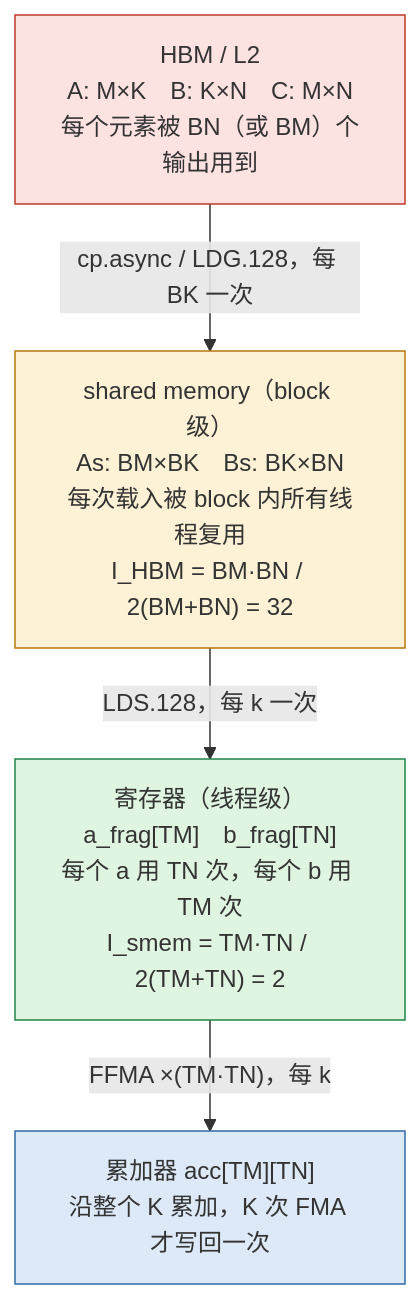
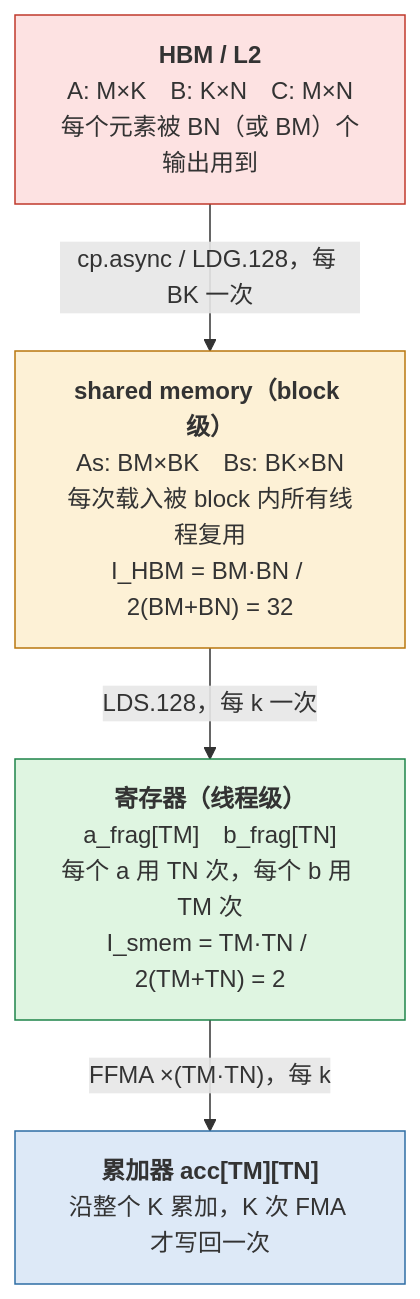
One commit to arganzheng/arganzheng.github.com changed the second of 2 diagrams in _posts/2026-05-15-gemm-from-naive-to-tiled.md. Above: the diagram before and after it, drawn with Mermaid. The commit also changed other lines of this file and 10 other files, not shown here.

First line of the commit message:
GPU Kernel 工程：从 CUDA 执行模型到 FlashAttention：Mermaid 多行方框的首行标为标题（11 篇）

````diff
--- a/_posts/2026-05-15-gemm-from-naive-to-tiled.md
+++ b/_posts/2026-05-15-gemm-from-naive-to-tiled.md
@@ -353,21 +353,21 @@
 ```mermaid
 %% 图：三层复用的金字塔：HBM → shared → 寄存器 → 累加器，越靠近计算单元容量越小、复用越密
 flowchart TB
-    hbm["HBM / L2<br/>A: M×K　B: K×N　C: M×N<br/>每个元素被 BN（或 BM）个输出用到"]
-    smem["shared memory（block 级）<br/>As: BM×BK　Bs: BK×BN<br/>每次载入被 block 内所有线程复用<br/>I_HBM = BM·BN / 2(BM+BN) = 32"]
-    reg["寄存器（线程级）<br/>a_frag[TM]　b_frag[TN]<br/>每个 a 用 TN 次，每个 b 用 TM 次<br/>I_smem = TM·TN / 2(TM+TN) = 2"]
-    acc["累加器 acc[TM][TN]<br/>沿整个 K 累加，K 次 FMA 才写回一次"]
+    hbm["<b>HBM / L2</b><br/>A: M×K　B: K×N　C: M×N<br/>每个元素被 BN（或 BM）个输出用到"]
+    smem["<b>shared memory（block 级）</b><br/>As: BM×BK　Bs: BK×BN<br/>每次载入被 block 内所有线程复用<br/>I_HBM = BM·BN / 2(BM+BN) = 32"]
+    reg["<b>寄存器（线程级）</b><br/>a_frag[TM]　b_frag[TN]<br/>每个 a 用 TN 次，每个 b 用 TM 次<br/>I_smem = TM·TN / 2(TM+TN) = 2"]
+    acc["<b>累加器 acc[TM][TN]</b><br/>沿整个 K 累加，K 次 FMA 才写回一次"]
 
     hbm -- "cp.async / LDG.128，每 BK 一次" --> smem
     smem -- "LDS.128，每 k 一次" --> reg
     reg -- "FFMA ×(TM·TN)，每 k" --> acc
 
     classDef l0 fill:#fde2e2,stroke:#c0392b
     classDef l1 fill:#fdf1d6,stroke:#b9770e
     classDef l2 fill:#dff5e1,stroke:#1e8449
     classDef l3 fill:#dde9f7,stroke:#2e6da4
     class hbm l0
     class smem l1
     class reg l2
     class acc l3
 ```
````
